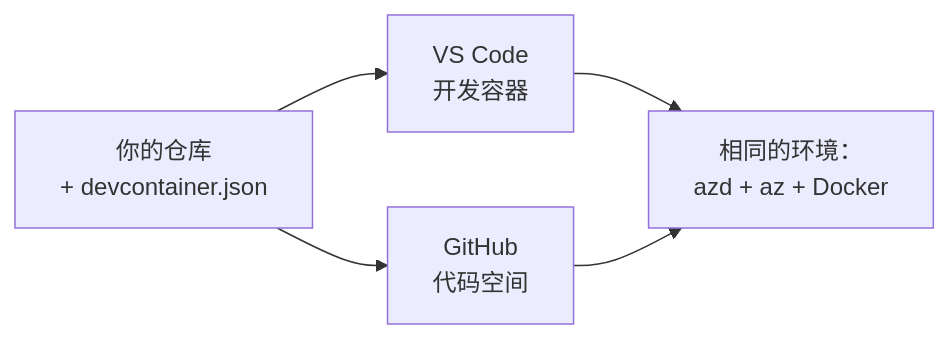
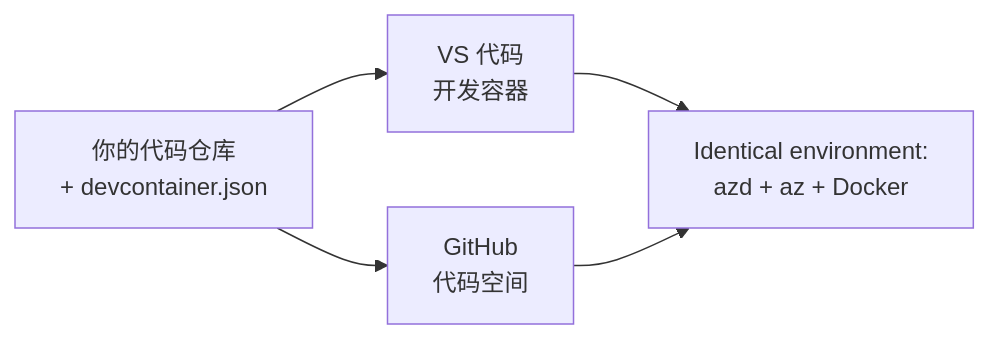
Before and after one commit to microsoft/AZD-for-beginners: the diagram in translations/zh-CN/docs/chapter-01-foundation/dev-containers.md, drawn with Mermaid. The commit also changed other lines of this file and 60 other files, not shown here.

````diff
--- a/translations/zh-CN/docs/chapter-01-foundation/dev-containers.md
+++ b/translations/zh-CN/docs/chapter-01-foundation/dev-containers.md
@@ -41,7 +41,7 @@
 ```mermaid
 graph LR
-    Repo[你的仓库<br/>+ devcontainer.json] --> VSCode[VS Code<br/>开发容器]
+    Repo[你的代码仓库<br/>+ devcontainer.json] --> VSCode[VS 代码<br/>开发容器]
     Repo --> Codespaces[GitHub<br/>代码空间]
-    VSCode --> Env[相同的环境：<br/>azd + az + Docker]
+    VSCode --> Env[Identical environment:<br/>azd + az + Docker]
     Codespaces --> Env
 ```
````
